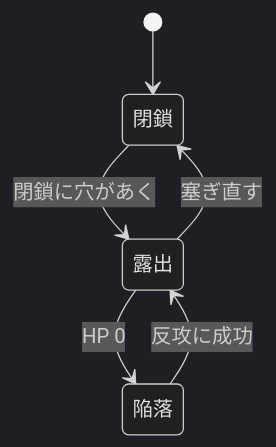
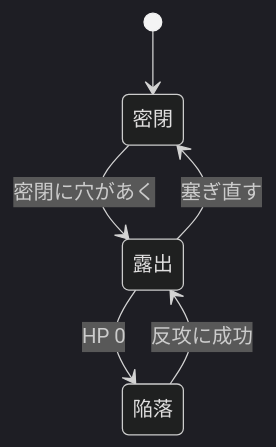
One commit to RuskLabo/moveearth-web changed the second of 2 diagrams in src/content/docs/guide/siege.md. Above: the diagram before and after it, drawn with Mermaid (dark theme). The commit also changed other lines of this file and 43 other files, not shown here.

````diff
--- a/src/content/docs/guide/siege.md
+++ b/src/content/docs/guide/siege.md
@@ -85,11 +85,11 @@
 ```mermaid
 stateDiagram-v2
-    state "閉鎖" as active
+    state "密閉" as active
     state "露出" as exposed
     state "陥落" as fallen
     [*] --> active
-    active --> exposed : 閉鎖に穴があく
+    active --> exposed : 密閉に穴があく
     exposed --> active : 塞ぎ直す
     exposed --> fallen : HP 0
     fallen --> exposed : 反攻に成功
 ```
````
